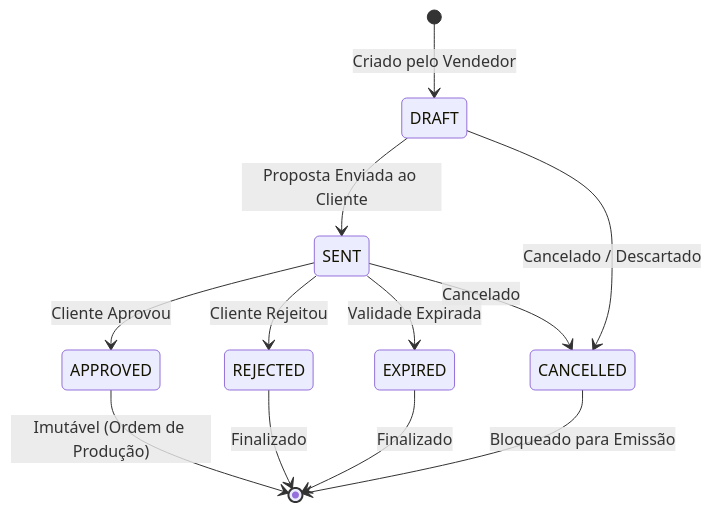
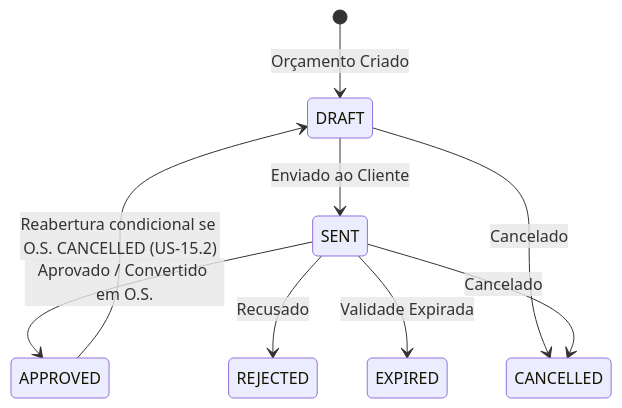
One commit to ADS-IFPB-SR/alumigest changed the second of 2 diagrams in docs/sistema/000-requisitos/RN-Regras_de_Calculo.md. Above: the diagram before and after it, drawn with Mermaid. The commit also changed other lines of this file and 33 other files, not shown here.

````diff
--- a/docs/sistema/000-requisitos/RN-Regras_de_Calculo.md
+++ b/docs/sistema/000-requisitos/RN-Regras_de_Calculo.md
@@ -152,14 +175,11 @@
 ```mermaid
 stateDiagram-v2
-    [*] --> DRAFT : Criado pelo Vendedor
-    DRAFT --> SENT : Proposta Enviada ao Cliente
-    DRAFT --> CANCELLED : Cancelado / Descartado
-    SENT --> APPROVED : Cliente Aprovou
-    SENT --> REJECTED : Cliente Rejeitou
+    [*] --> DRAFT : Orçamento Criado
+    DRAFT --> SENT : Enviado ao Cliente
+    DRAFT --> CANCELLED : Cancelado
+    SENT --> APPROVED : Aprovado / Convertido em O.S.
+    SENT --> REJECTED : Recusado
     SENT --> EXPIRED : Validade Expirada
     SENT --> CANCELLED : Cancelado
-    APPROVED --> [*] : Imutável (Ordem de Produção)
-    REJECTED --> [*] : Finalizado
-    EXPIRED --> [*] : Finalizado
-    CANCELLED --> [*] : Bloqueado para Emissão
+    APPROVED --> DRAFT : Reabertura condicional se O.S. CANCELLED (US-15.2)
 ```
````
